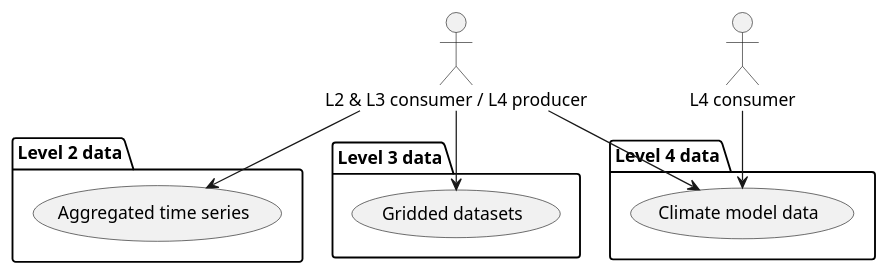
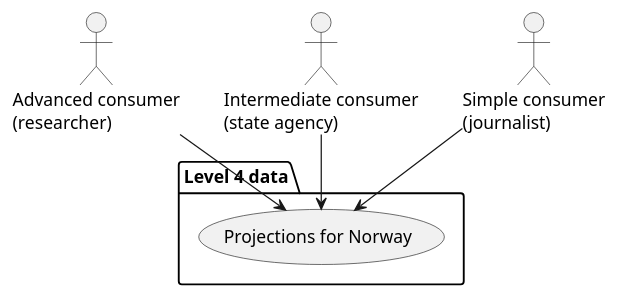
The diagram in source/users_klima_leveranse_og_bruker.puml (metno/S-ENDA-documentation), drawn with PlantUML before and after one commit. The commit also changed 3 other files, not shown here.

```diff
--- a/source/users_klima_leveranse_og_bruker.puml
+++ b/source/users_klima_leveranse_og_bruker.puml
@@ -1,22 +1,15 @@
 @startuml
 
-package "Level 2 data" as L2 {
-  (Aggregated time series) as (CD2)
-}
-package "Level 3 data" as L3 {
-  (Gridded datasets) as (CD3)
+package "Level 4 data" as L4 {
+  (Projections for Norway) as (CD4)
 }
 
-package "Level 4 data" as L4 {
-  (Climate model data) as (CD4)
-}
+actor "Advanced consumer\n(researcher)" as AC
+actor "Intermediate consumer\n(state agency)" as IC
+actor "Simple consumer\n(journalist)" as SC
 
-actor "L2 & L3 consumer / L4 producer" as LC234
-actor "L4 consumer" as LC4
-
-LC234 --> (CD2)
-LC234 --> (CD3)
-LC234 --> (CD4)
-LC4 --> (CD4)
+AC --> (CD4)
+IC --> (CD4)
+SC --> (CD4)
 
 @enduml
```
